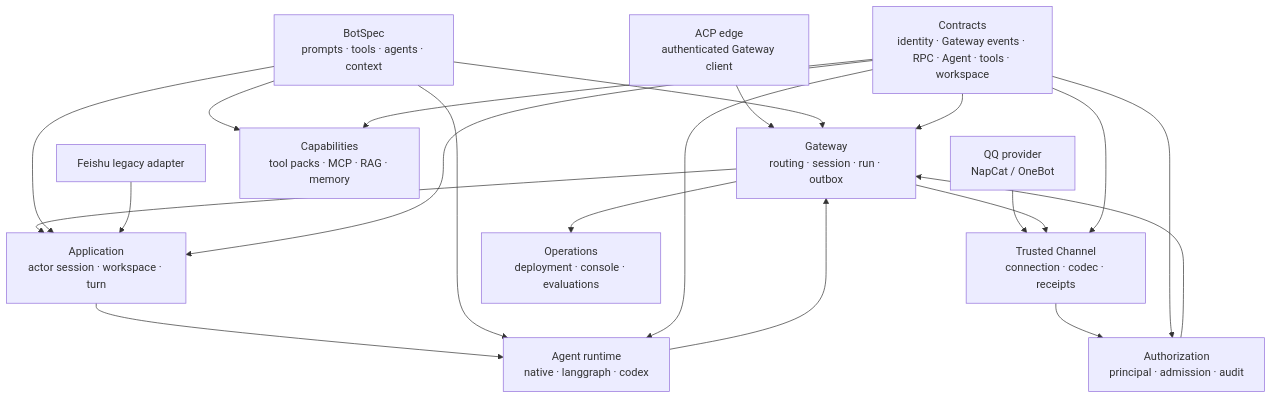
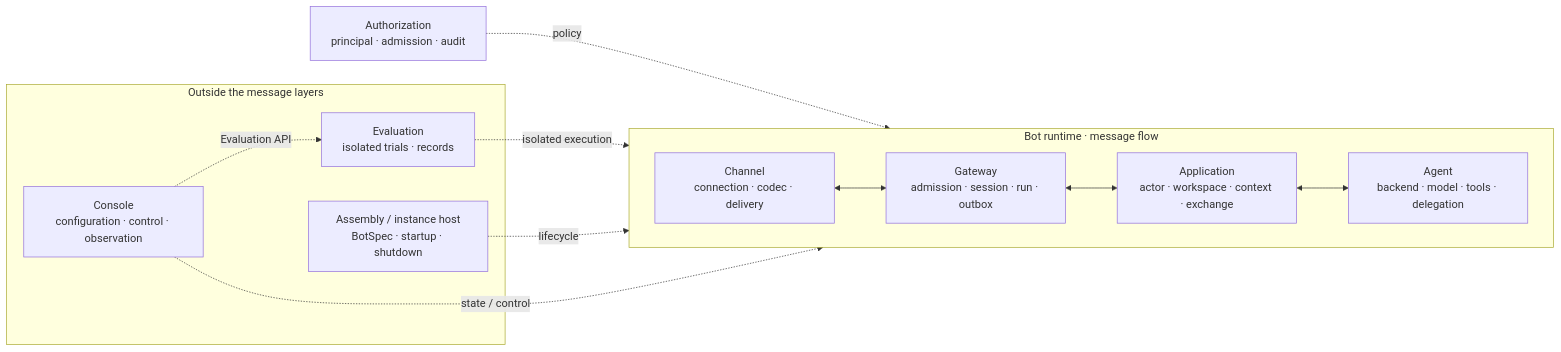
The diagram in README.md (Ling-ye/AgentStrata), drawn with Mermaid before and after one commit. The commit also changed other lines of this file and 66 other files, not shown here.

````diff
--- a/README.md
+++ b/README.md
@@ -180,36 +186,22 @@
 ```mermaid
-flowchart TB
-    B["BotSpec<br/>prompts · tools · agents · context"]
-    C["Contracts<br/>identity · Gateway events · RPC · Agent · tools · workspace"]
-    Q["QQ provider<br/>NapCat / OneBot"]
-    CH["Trusted Channel<br/>connection · codec · receipts"]
+flowchart LR
+    subgraph Runtime["Bot runtime · message flow"]
+        direction LR
+        CH["Channel<br/>connection · codec · delivery"]
+        G["Gateway<br/>admission · session · run · outbox"]
+        A["Application<br/>actor · workspace · context · exchange"]
+        R["Agent<br/>backend · model · tools · delegation"]
+        CH <--> G <--> A <--> R
+    end
     AU["Authorization<br/>principal · admission · audit"]
-    A["Application<br/>actor session · workspace · turn"]
-    G["Gateway<br/>routing · session · run · outbox"]
-    ACP["ACP edge<br/>authenticated Gateway client"]
-    R["Agent runtime<br/>native · langgraph · codex"]
-    X["Capabilities<br/>tool packs · MCP · RAG · memory"]
-    F["Feishu legacy adapter"]
-    O["Operations<br/>deployment · console · evaluations"]
-
-    Q --> CH
-    CH --> AU
-    AU --> G
-    ACP --> G
-    G --> A
-    A --> R
-    R --> G
-    G --> CH
-    B --> G
-    B --> A
-    B --> R
-    B --> X
-    F --> A
-    C --> R
-    C --> X
-    C --> CH
-    C --> AU
-    C --> A
-    C --> G
-    G --> O
+    AU -. policy .-> G
+    subgraph Surroundings["Outside the message layers"]
+        S["Assembly / instance host<br/>BotSpec · startup · shutdown"]
+        C["Console<br/>configuration · control · observation"]
+        E["Evaluation<br/>isolated trials · records"]
+    end
+    S -. lifecycle .-> Runtime
+    C -. "state / control" .-> Runtime
+    C -. "Evaluation API" .-> E
+    E -. "isolated execution" .-> R
 ```
````
